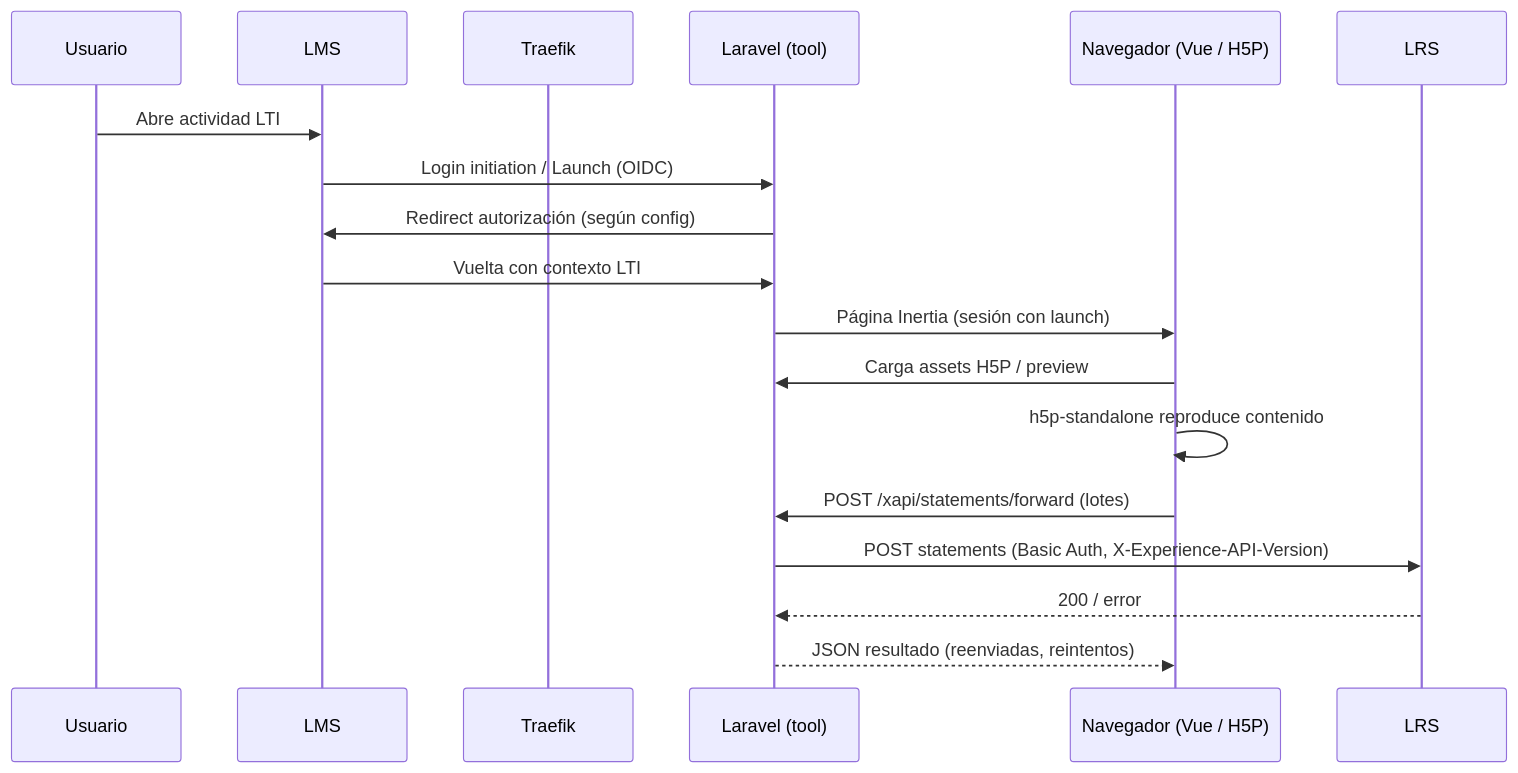
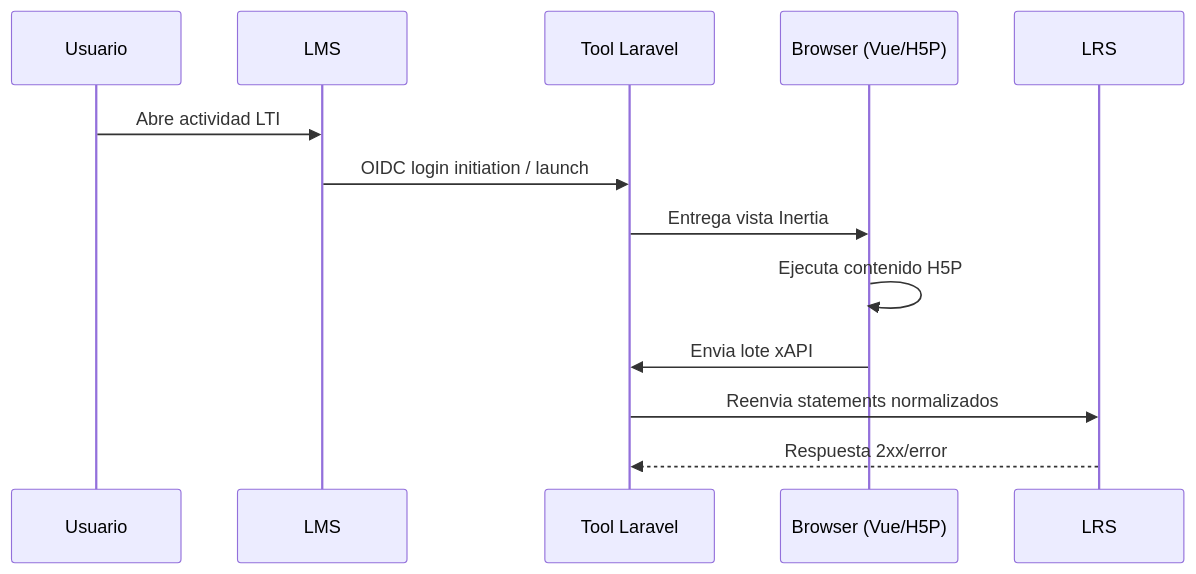
One commit to jaimeEHM/visorPddP-H5P changed the second of 2 diagrams in README.md. Above: the diagram before and after it, drawn with Mermaid. The commit also changed other lines of this file, not shown here.

````diff
--- a/README.md
+++ b/README.md
@@ -77,21 +50,16 @@
 ```mermaid
 sequenceDiagram
-    participant U as Usuario
+    participant User as Usuario
     participant LMS as LMS
-    participant T as Traefik
-    participant Tool as Laravel (tool)
-    participant B as Navegador (Vue / H5P)
+    participant Tool as Tool Laravel
+    participant Browser as Browser (Vue/H5P)
     participant LRS as LRS
 
-    U->>LMS: Abre actividad LTI
-    LMS->>Tool: Login initiation / Launch (OIDC)
-    Tool->>LMS: Redirect autorización (según config)
-    LMS->>Tool: Vuelta con contexto LTI
-    Tool->>B: Página Inertia (sesión con launch)
-    B->>Tool: Carga assets H5P / preview
-    B->>B: h5p-standalone reproduce contenido
-    B->>Tool: POST /xapi/statements/forward (lotes)
-    Tool->>LRS: POST statements (Basic Auth, X-Experience-API-Version)
-    LRS-->>Tool: 200 / error
-    Tool-->>B: JSON resultado (reenviadas, reintentos)
+    User->>LMS: Abre actividad LTI
+    LMS->>Tool: OIDC login initiation / launch
+    Tool->>Browser: Entrega vista Inertia
+    Browser->>Browser: Ejecuta contenido H5P
+    Browser->>Tool: Envia lote xAPI
+    Tool->>LRS: Reenvia statements normalizados
+    LRS-->>Tool: Respuesta 2xx/error
 ```
````
